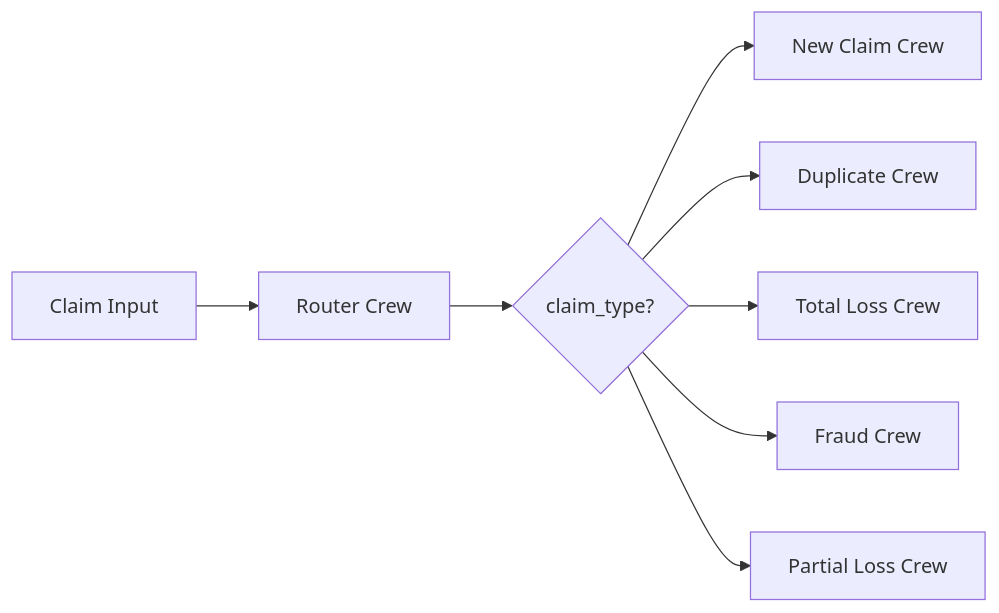
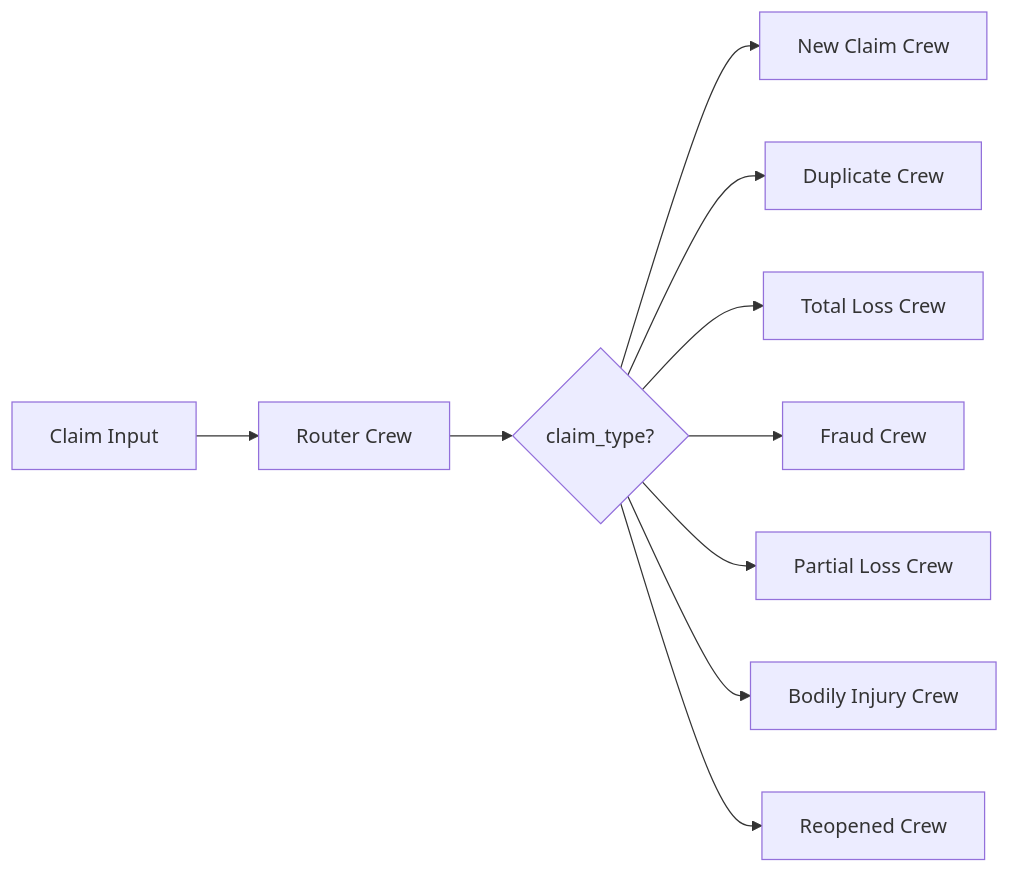
The second of 6 diagrams in docs/architecture.md (csmangum/auto-agent), drawn with Mermaid before and after one commit. The commit also changed other lines of this file and 2 other files, not shown here.

Commit message:
Address review comments: fix MarkdownRenderer, add tests, update docs

````diff
--- a/docs/architecture.md
+++ b/docs/architecture.md
@@ -73,10 +73,12 @@
 ```mermaid
 flowchart LR
     ClaimIn[Claim Input] --> Router[Router Crew]
     Router --> Type{claim_type?}
     Type --> NewCrew[New Claim Crew]
     Type --> DupCrew[Duplicate Crew]
     Type --> TLCrew[Total Loss Crew]
     Type --> FraudCrew[Fraud Crew]
     Type --> PLCrew[Partial Loss Crew]
+    Type --> BICrew[Bodily Injury Crew]
+    Type --> ReopenedCrew[Reopened Crew]
 ```
````
